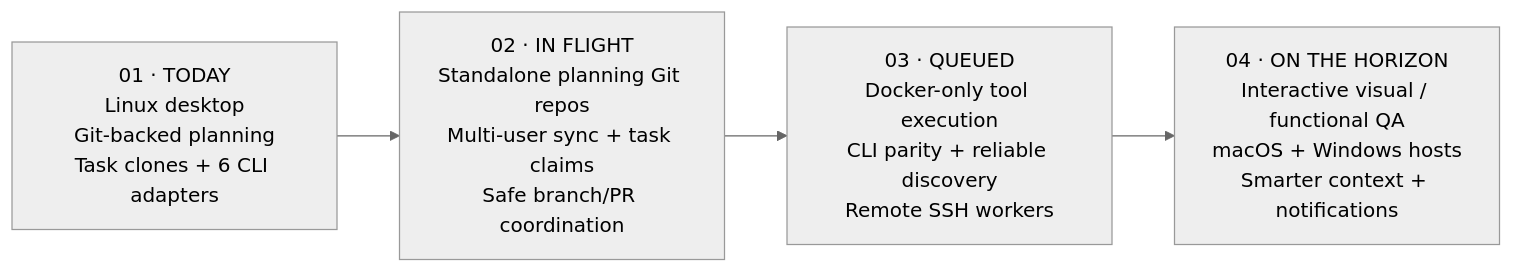
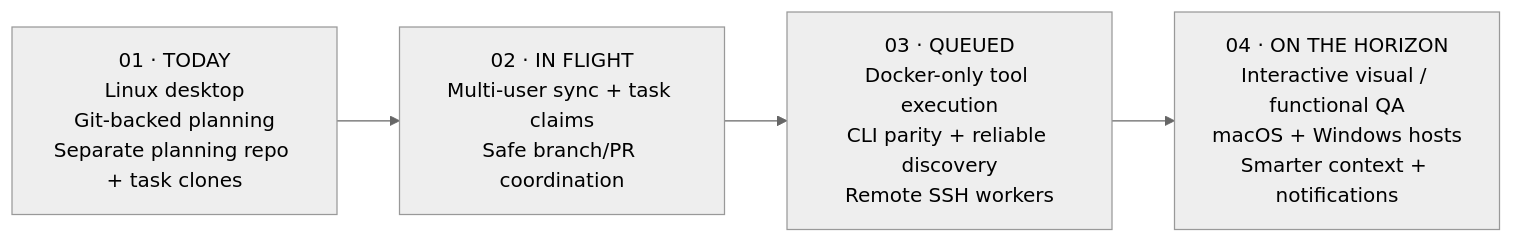
Before and after one commit to zbarno/kool.ade: the diagram in README.md, drawn with Mermaid (neutral theme). The commit also changed other lines of this file and 405 other files, not shown here.

First line of the commit message:
fix: clone code with its separate planning repository (#437)

````diff
--- a/README.md
+++ b/README.md
@@ -441,6 +441,6 @@
 ```mermaid
 flowchart LR
-    A["01 · TODAY<br/>Linux desktop<br/>Git-backed planning<br/>Task clones + 6 CLI adapters"] --> B["02 · IN FLIGHT<br/>Standalone planning Git repos<br/>Multi-user sync + task claims<br/>Safe branch/PR coordination"]
+    A["01 · TODAY<br/>Linux desktop<br/>Git-backed planning<br/>Separate planning repo + task clones"] --> B["02 · IN FLIGHT<br/>Multi-user sync + task claims<br/>Safe branch/PR coordination"]
     B --> C["03 · QUEUED<br/>Docker-only tool execution<br/>CLI parity + reliable discovery<br/>Remote SSH workers"]
     C --> D["04 · ON THE HORIZON<br/>Interactive visual / functional QA<br/>macOS + Windows hosts<br/>Smarter context + notifications"]
 ```
````
